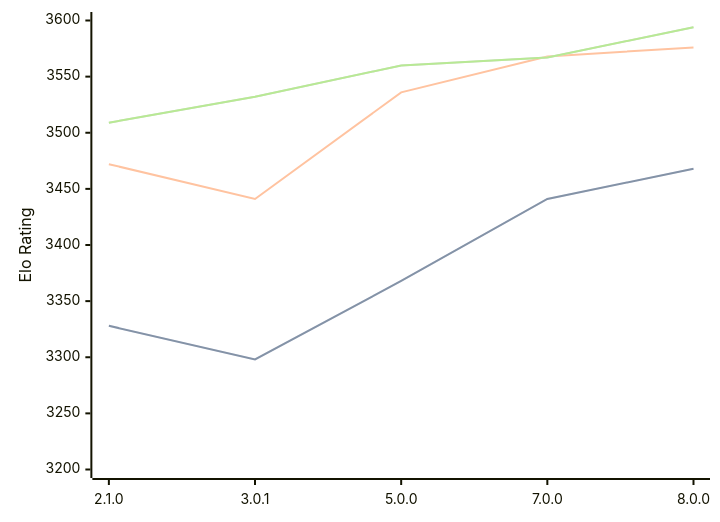
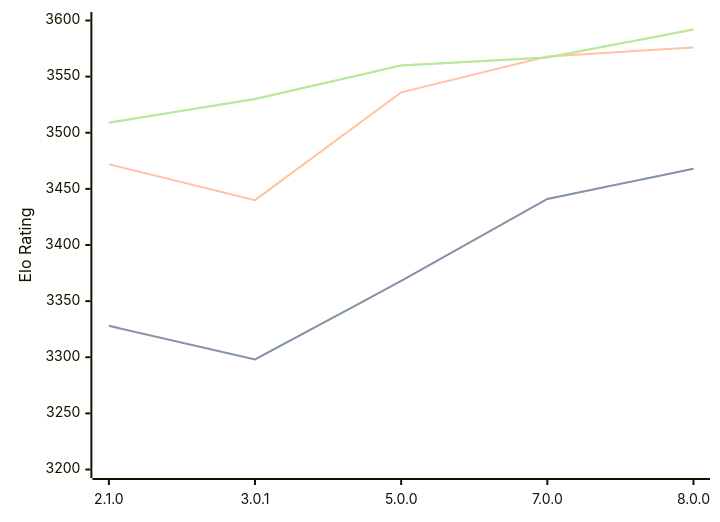
One commit to computer-chess-index/cci changed the diagram in engines/PlentyChess.md. Above: the diagram before and after it, drawn with Mermaid. The commit also changed other lines of this file, not shown here.

Commit message:
Update CCI Ratings (ELO VLTC) - 2026-09-11

````diff
--- a/engines/PlentyChess.md
+++ b/engines/PlentyChess.md
@@ -37,11 +37,11 @@
 ```mermaid
 %%{init: {"theme":"base","themeVariables":{"seriesColors:['#a3a3a3','#222221','#faa371']}}}%%
 xychart-beta
   x-axis ["2.1.0", "3.0.1", "5.0.0", "7.0.0", "8.0.0"]
   y-axis "Elo Rating" 3200 --> 3600
   line "" [3328, 3298, 3368, 3441, 3468]
   line "STC (8.0+0.08s)" [3328, 3298, 3368, 3441, 3468]
-  line "LTC (60.0+0.60s)" [3472, 3441, 3536, 3568, 3576]
-  line "" [3509, 3532, 3560, 3567, 3594]
-  line "VLTC (2m24s+1.12s)" [3509, 3532, 3560, 3567, 3594]
+  line "LTC (60.0+0.60s)" [3472, 3440, 3536, 3568, 3576]
+  line "" [3509, 3530, 3560, 3567, 3592]
+  line "VLTC (2m24s+1.12s)" [3509, 3530, 3560, 3567, 3592]
 ```
````
